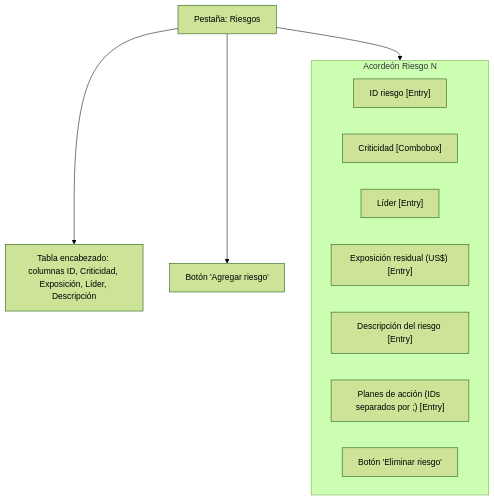
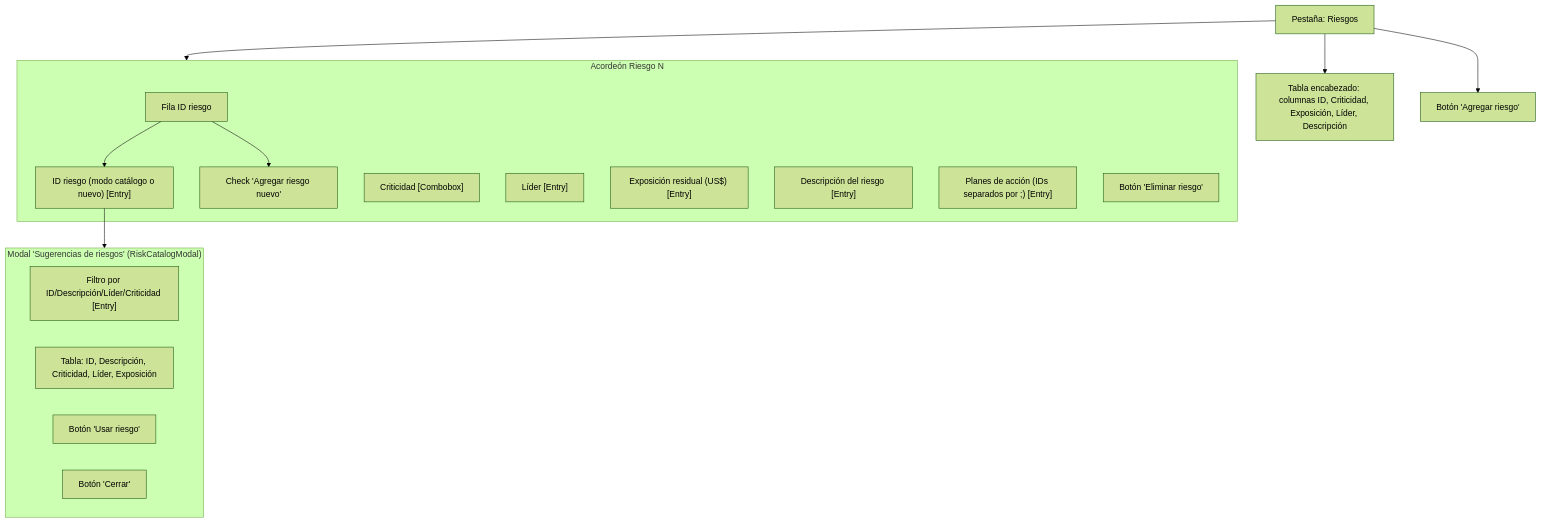
The diagram in wireframes/tab02_riesgos.mmd (PillB/Formulario_investigacion), drawn with Mermaid (forest theme) before and after one commit. The commit also changed 1 other file, not shown here.

Commit message:
Update risk wireframe catalog toggle

```diff
--- a/wireframes/tab02_riesgos.mmd
+++ b/wireframes/tab02_riesgos.mmd
@@ -1,17 +1,29 @@
 flowchart TB
     tab["Pestaña: Riesgos"]
     header["Tabla encabezado: columnas ID, Criticidad, Exposición, Líder, Descripción"]
     add_btn["Botón 'Agregar riesgo'"]
     tab --> header
     tab --> add_btn
 
     subgraph risk_card["Acordeón Riesgo N"]
-        id_riesgo["ID riesgo [Entry]"]
+        id_row["Fila ID riesgo"]
+        id_riesgo["ID riesgo (modo catálogo o nuevo) [Entry]"]
+        new_risk_toggle["Check 'Agregar riesgo nuevo'"]
         criticidad["Criticidad [Combobox]"]
         lider["Líder [Entry]"]
         exposicion["Exposición residual (US$) [Entry]"]
         descripcion["Descripción del riesgo [Entry]"]
         planes["Planes de acción (IDs separados por ;) [Entry]"]
         remove_btn["Botón 'Eliminar riesgo'"]
     end
     tab --> risk_card
+    id_row --> id_riesgo
+    id_row --> new_risk_toggle
+
+    subgraph catalog_modal["Modal 'Sugerencias de riesgos' (RiskCatalogModal)"]
+        catalog_search["Filtro por ID/Descripción/Líder/Criticidad [Entry]"]
+        catalog_table["Tabla: ID, Descripción, Criticidad, Líder, Exposición"]
+        catalog_use["Botón 'Usar riesgo'"]
+        catalog_close["Botón 'Cerrar'"]
+    end
+    id_riesgo --> catalog_modal
```
